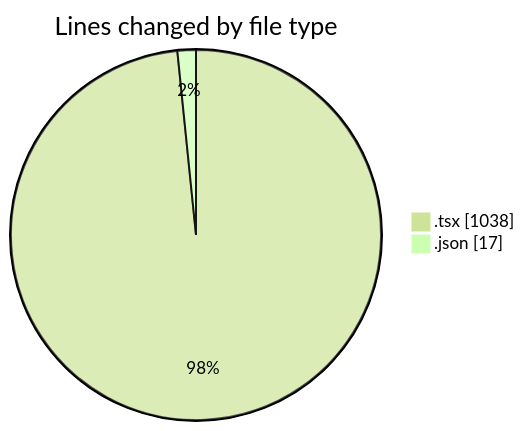
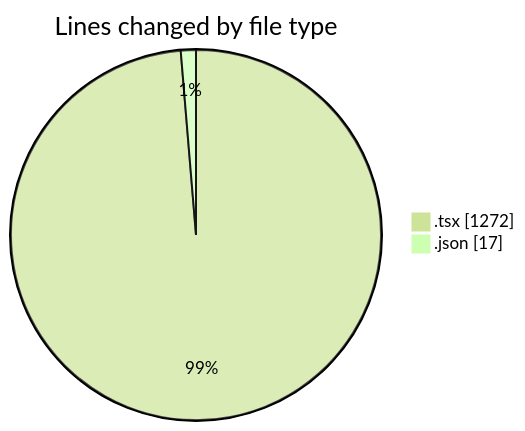
One commit to momahboobian/code-tracking changed the first of 2 diagrams in 2025-04-28/cda/README.md. Above: the diagram before and after it, drawn with Mermaid (forest theme). The commit also changed other lines of this file and 1 other file, not shown here.

````diff
--- a/2025-04-28/cda/README.md
+++ b/2025-04-28/cda/README.md
@@ -22,6 +23,6 @@
 ```mermaid
 pie showData
 title Lines changed by file type
-".tsx" : 1038
+".tsx" : 1272
 ".json" : 17
 ```
````
